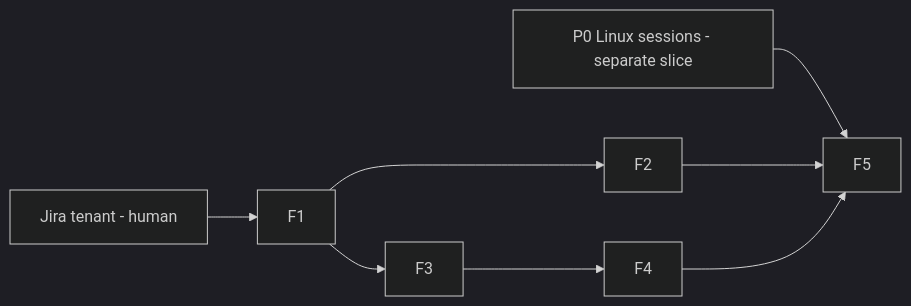
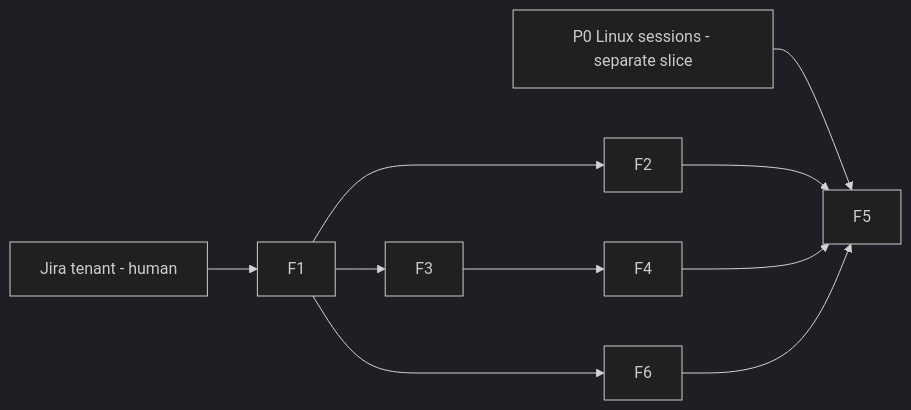
One commit to sensei-hq/sensei changed the diagram in docs/plans/2026-10-15-tracker-jira-linkage.md. Above: the diagram before and after it, drawn with Mermaid (dark theme). The commit also changed other lines of this file and 3 other files, not shown here.

````diff
--- a/docs/plans/2026-10-15-tracker-jira-linkage.md
+++ b/docs/plans/2026-10-15-tracker-jira-linkage.md
@@ -95,9 +106,11 @@
 ```mermaid
 graph LR
   T[Jira tenant - human] --> F1
   F1 --> F2
   F1 --> F3 --> F4
   P0[P0 Linux sessions - separate slice] --> F5
   F2 --> F5
   F4 --> F5
+  F1 --> F6
+  F6 --> F5
 ```
````
